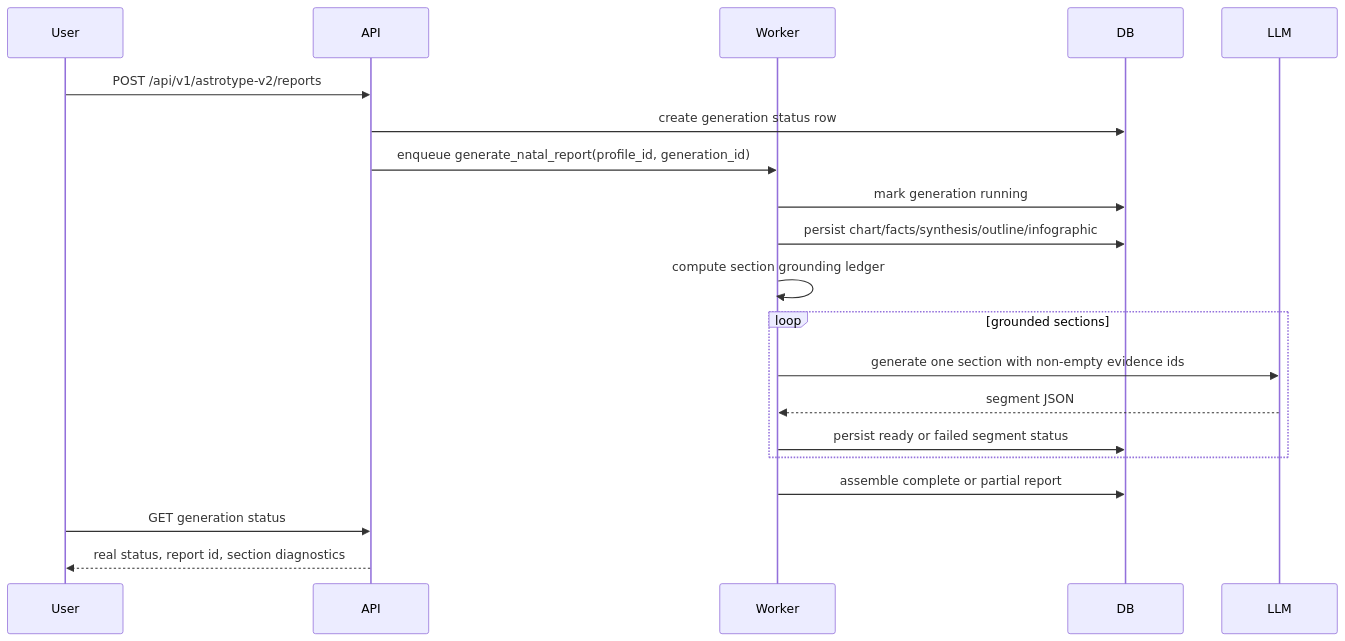
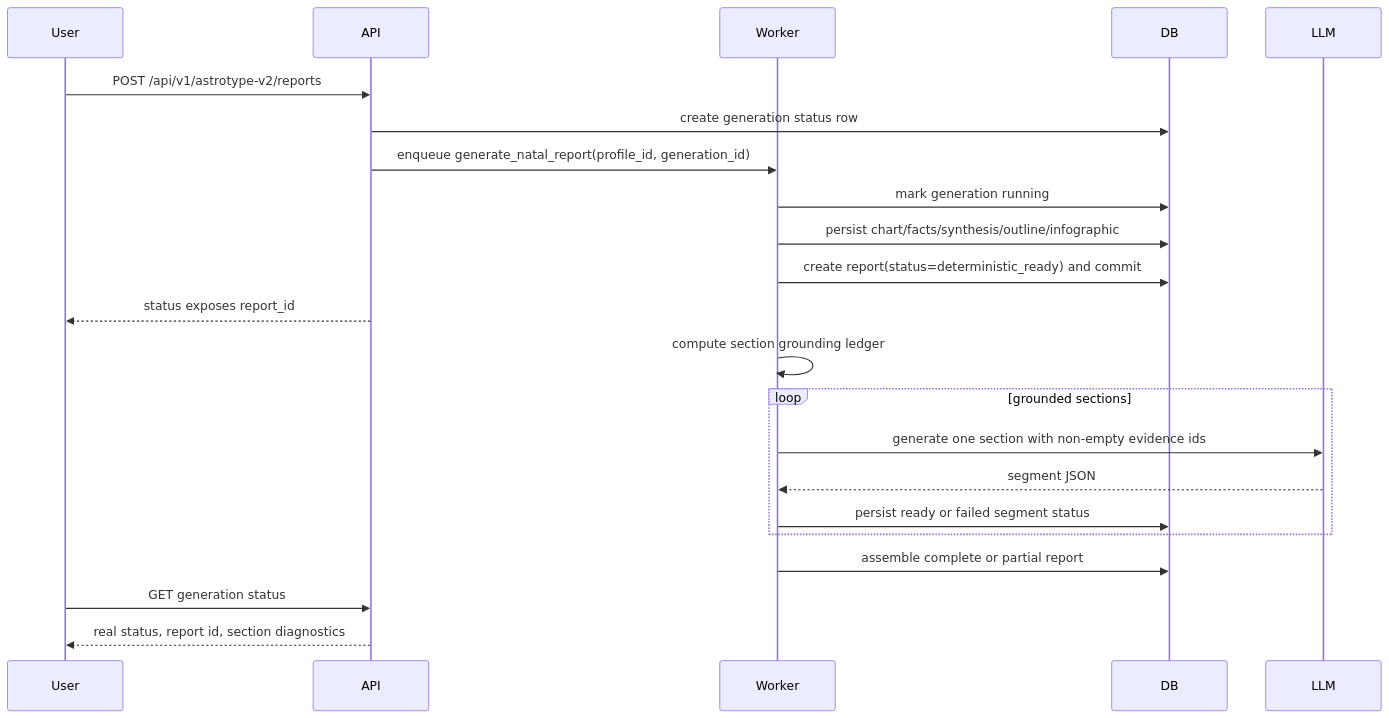
One commit to fixemer90-stack/Archemap changed the second of 2 diagrams in docs/features/E16-v2-e17-section-evidence-grounding/WORKFLOW.md. Above: the diagram before and after it, drawn with Mermaid. The commit also changed other lines of this file and 6 other files, not shown here.

Commit message:
Document deterministic-first v2 report delivery

````diff
--- a/docs/features/E16-v2-e17-section-evidence-grounding/WORKFLOW.md
+++ b/docs/features/E16-v2-e17-section-evidence-grounding/WORKFLOW.md
@@ -34,23 +42,25 @@
 ```mermaid
 sequenceDiagram
     participant User
     participant API
     participant Worker
     participant DB
     participant LLM
 
     User->>API: POST /api/v1/astrotype-v2/reports
     API->>DB: create generation status row
     API->>Worker: enqueue generate_natal_report(profile_id, generation_id)
     Worker->>DB: mark generation running
     Worker->>DB: persist chart/facts/synthesis/outline/infographic
+    Worker->>DB: create report(status=deterministic_ready) and commit
+    API-->>User: status exposes report_id
     Worker->>Worker: compute section grounding ledger
     loop grounded sections
         Worker->>LLM: generate one section with non-empty evidence ids
         LLM-->>Worker: segment JSON
         Worker->>DB: persist ready or failed segment status
     end
     Worker->>DB: assemble complete or partial report
     User->>API: GET generation status
     API-->>User: real status, report id, section diagnostics
 ```
````
